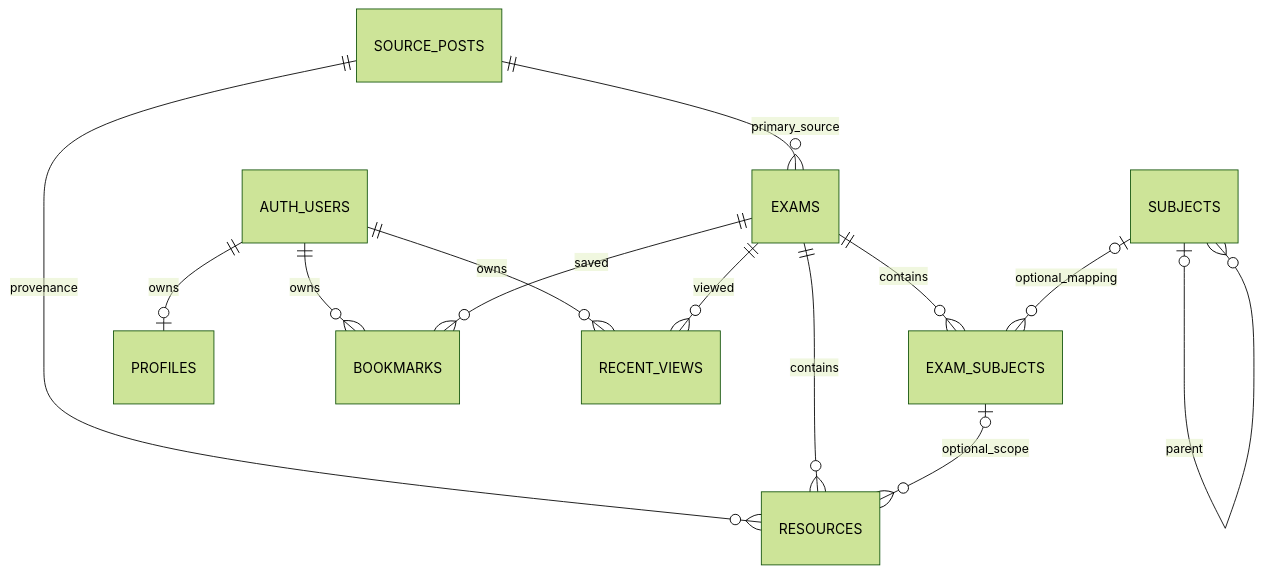
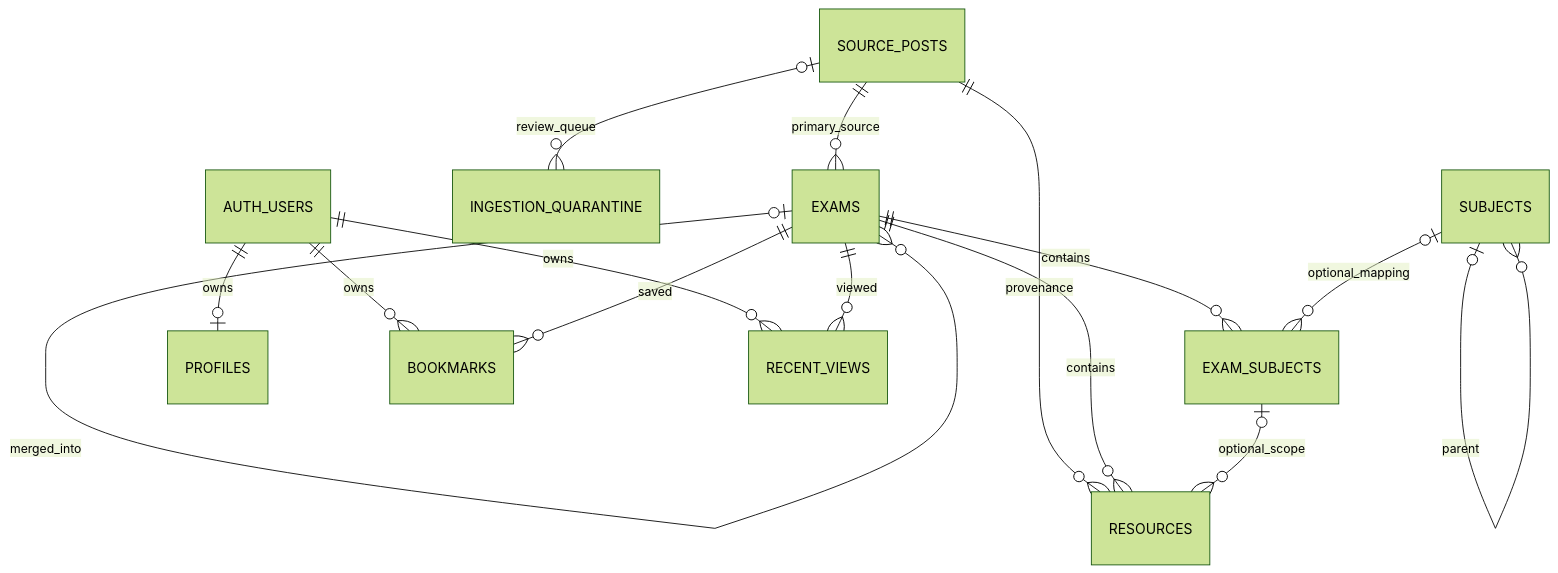
The diagram in wiki/database.md (LC3808/legendstudy-app), drawn with Mermaid (forest theme) before and after one commit. The commit also changed other lines of this file and 12 other files, not shown here.

````diff
--- a/wiki/database.md
+++ b/wiki/database.md
@@ -31,15 +31,17 @@
 ```mermaid
 erDiagram
     SOURCE_POSTS ||--o{ EXAMS : primary_source
     SOURCE_POSTS ||--o{ RESOURCES : provenance
+    SOURCE_POSTS o|--o{ INGESTION_QUARANTINE : review_queue
+    EXAMS o|--o{ EXAMS : merged_into
     EXAMS ||--o{ EXAM_SUBJECTS : contains
     SUBJECTS o|--o{ SUBJECTS : parent
     SUBJECTS o|--o{ EXAM_SUBJECTS : optional_mapping
     EXAMS ||--o{ RESOURCES : contains
     EXAM_SUBJECTS o|--o{ RESOURCES : optional_scope
     AUTH_USERS ||--o| PROFILES : owns
     AUTH_USERS ||--o{ BOOKMARKS : owns
     AUTH_USERS ||--o{ RECENT_VIEWS : owns
     EXAMS ||--o{ BOOKMARKS : saved
     EXAMS ||--o{ RECENT_VIEWS : viewed
 ```
````
